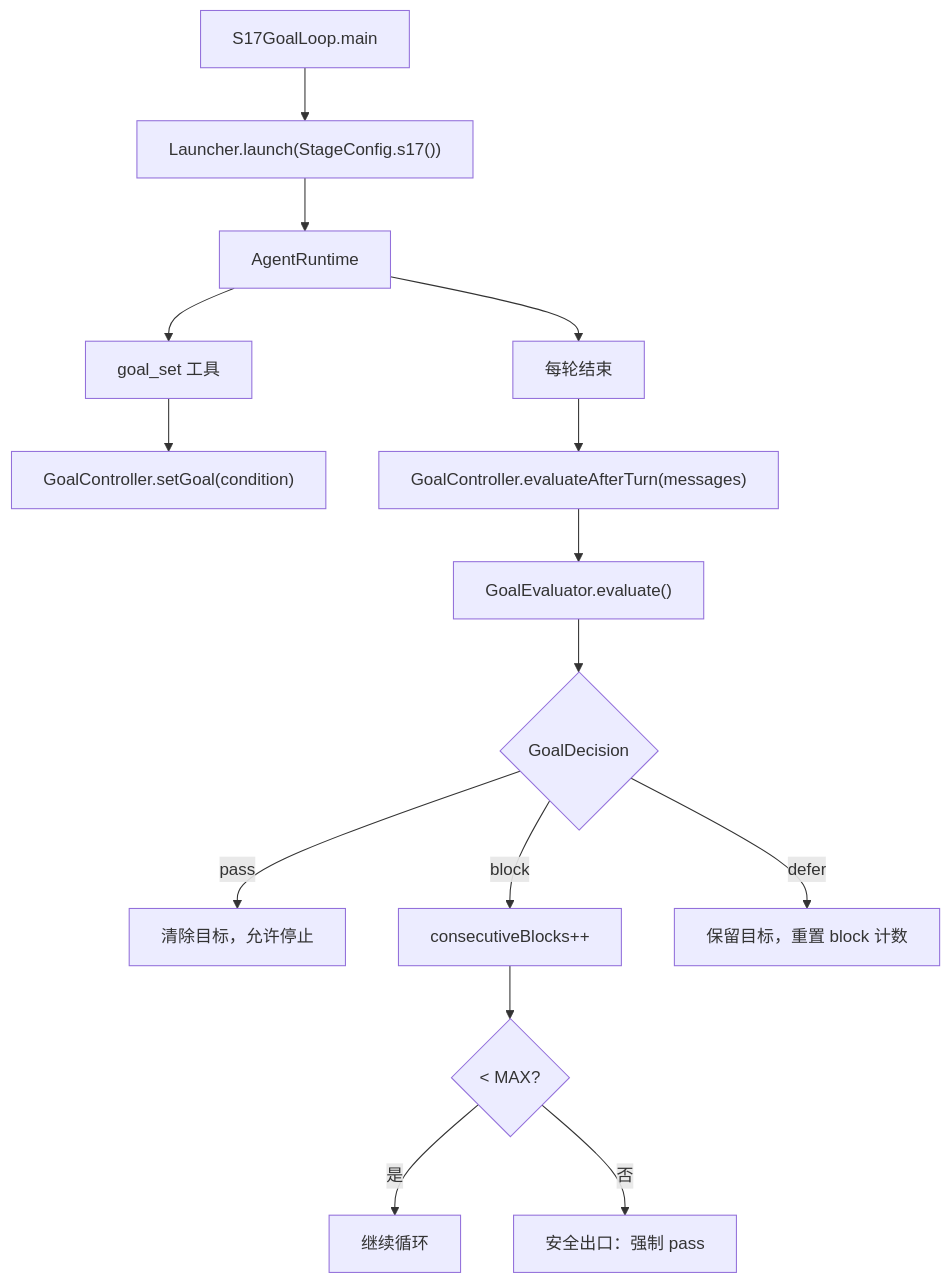
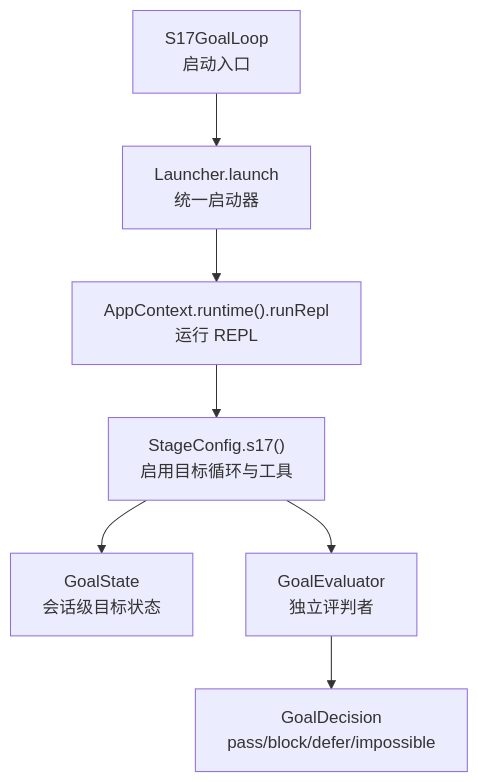
The first of 6 diagrams in .qoder/repowiki/zh/content/学习阶段详解/S17_ 目标循环.md (chenlds1994/learn-claude-code-java), drawn with Mermaid before and after one commit. The commit also changed other lines of this file and 143 other files, not shown here.

First line of the commit message:
更新 repowiki 与 drawio 教程图至 17 阶段结构

````diff
--- a/.qoder/repowiki/zh/content/学习阶段详解/S17_ 目标循环.md
+++ b/.qoder/repowiki/zh/content/学习阶段详解/S17_ 目标循环.md
@@ -61,17 +37,9 @@
 ```mermaid
 graph TB
-A["S17GoalLoop.main"] --> B["Launcher.launch(StageConfig.s17())"]
-B --> C["AgentRuntime"]
-C --> D["goal_set 工具"]
-D --> E["GoalController.setGoal(condition)"]
-C --> F["每轮结束"]
-F --> G["GoalController.evaluateAfterTurn(messages)"]
-G --> H["GoalEvaluator.evaluate()"]
-H --> I{"GoalDecision"}
-I -->|pass| J["清除目标，允许停止"]
-I -->|block| K["consecutiveBlocks++"]
-K --> L{"< MAX?"}
-L -->|是| M["继续循环"]
-L -->|否| N["安全出口：强制 pass"]
-I -->|defer| O["保留目标，重置 block 计数"]
+A["S17GoalLoop<br/>启动入口"] --> B["Launcher.launch<br/>统一启动器"]
+B --> C["AppContext.runtime().runRepl<br/>运行 REPL"]
+C --> D["StageConfig.s17()<br/>启用目标循环与工具"]
+D --> E["GoalState<br/>会话级目标状态"]
+D --> F["GoalEvaluator<br/>独立评判者"]
+F --> G["GoalDecision<br/>pass/block/defer/impossible"]
 ```
````
